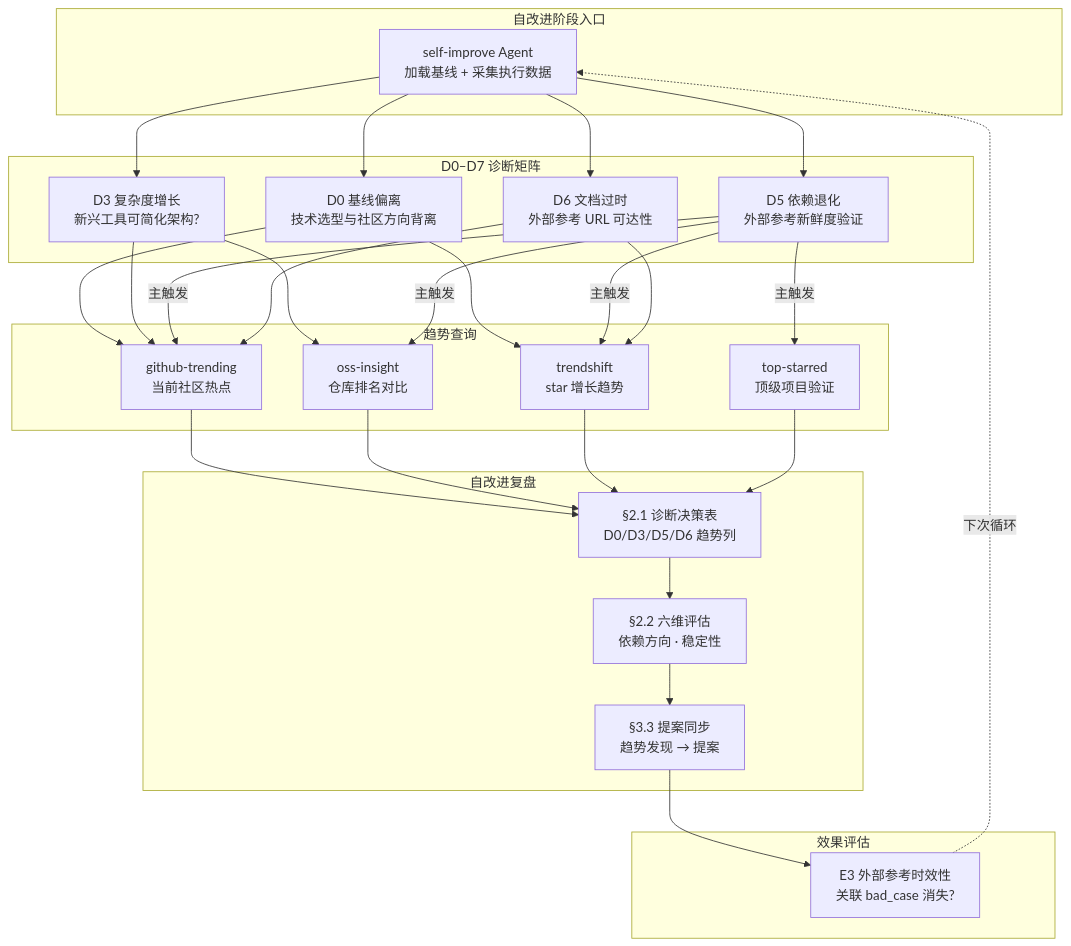
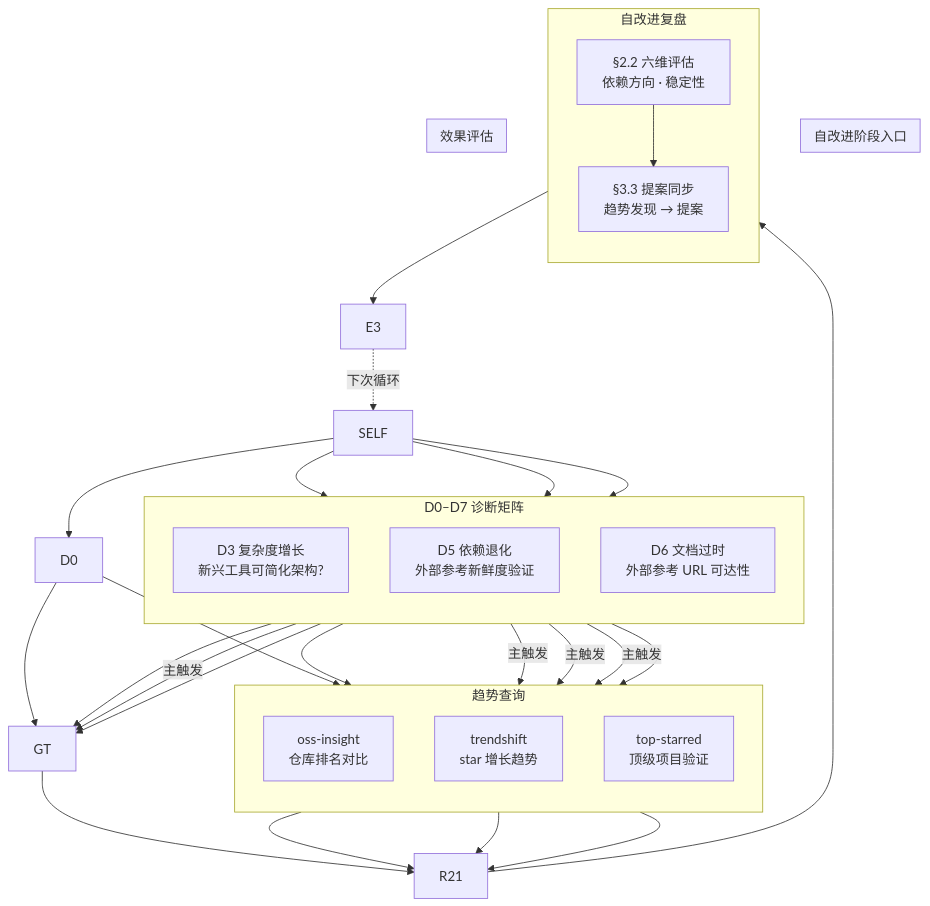
Before and after one commit to effiy/YrY: the second of 4 diagrams in skills/rui-trends/SKILL.md, drawn with Mermaid. The commit also changed other lines of this file and 42 other files, not shown here.

First line of the commit message:
feat: apply Mermaid authoring rules (M1-M12) across entire codebase

````diff
--- a/skills/rui-trends/SKILL.md
+++ b/skills/rui-trends/SKILL.md
@@ -115,42 +124,43 @@
 ```mermaid
 flowchart TB
     subgraph 触发["自改进阶段入口"]
-        SELF["self-improve Agent<br/>加载基线 + 采集执行数据"]:::phase
+        direction TB
     end
 
     subgraph 诊断["D0–D7 诊断矩阵"]
-        D0["D0 基线偏离<br/>技术选型与社区方向背离"]:::diag
+        direction TB
         D3["D3 复杂度增长<br/>新兴工具可简化架构?"]:::diag
         D5["D5 依赖退化<br/>外部参考新鲜度验证"]:::diag
         D6["D6 文档过时<br/>外部参考 URL 可达性"]:::diag
     end
 
     subgraph 查询["趋势查询"]
-        GT["github-trending<br/>当前社区热点"]:::action
+        direction TB
         OI["oss-insight<br/>仓库排名对比"]:::action
         TS["trendshift<br/>star 增长趋势"]:::action
         TSR["top-starred<br/>顶级项目验证"]:::action
     end
 
     subgraph 输出["自改进复盘"]
-        R21["§2.1 诊断决策表<br/>D0/D3/D5/D6 趋势列"]:::out
+        direction TB
         R22["§2.2 六维评估<br/>依赖方向 · 稳定性"]:::out
         R33["§3.3 提案同步<br/>趋势发现 → 提案"]:::out
     end
 
     subgraph 评估["效果评估"]
-        E3["E3 外部参考时效性<br/>关联 bad_case 消失?"]:::eval
+        direction TB
     end
 
     SELF --> D0 & D3 & D5 & D6
     D0 --> GT & TS
     D3 --> GT & OI
     D5 -->|"主触发"| GT & OI & TS & TSR
     D6 --> GT & TS
     GT & OI & TS & TSR --> R21
     R21 --> R22
     R22 --> R33
     R33 --> E3
     E3 -.->|"下次循环"| SELF
 
+
 ```
````
